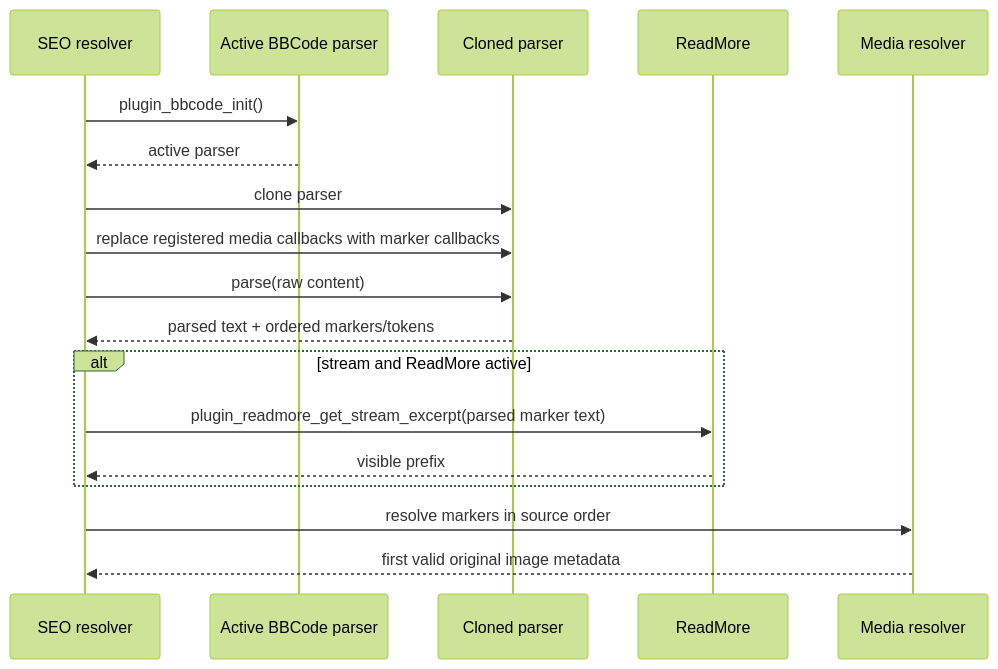
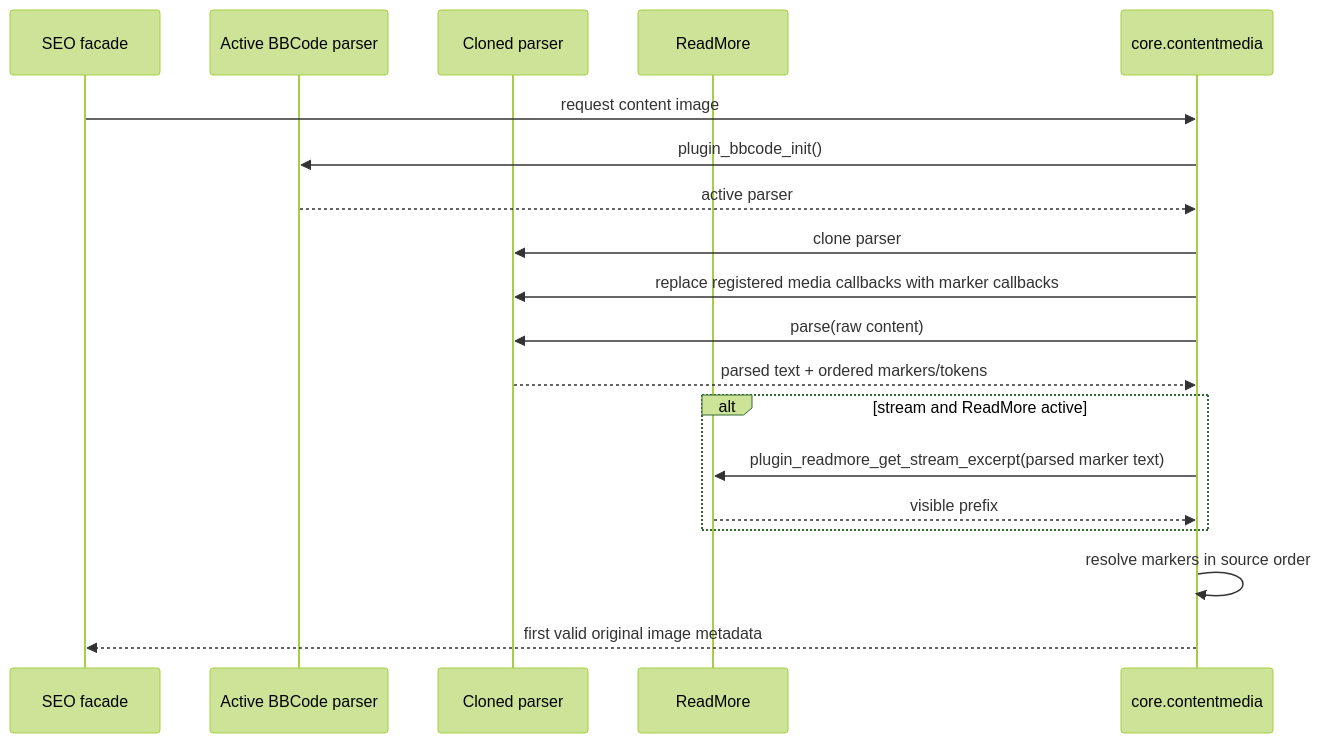
The second of 3 diagrams in fp-plugins/seometataginfo/developer-docs/open-graph-image-pipeline.md (flatpressblog/flatpress), drawn with Mermaid (forest theme) before and after one commit. The commit also changed other lines of this file and 15 other files, not shown here.

First line of the commit message:
Centralizing the Content Media Resolver Layer

````diff
--- a/fp-plugins/seometataginfo/developer-docs/open-graph-image-pipeline.md
+++ b/fp-plugins/seometataginfo/developer-docs/open-graph-image-pipeline.md
@@ -77,21 +77,22 @@
 ```mermaid
 sequenceDiagram
-    participant SEO as SEO resolver
+    participant SEO as SEO facade
     participant BB as Active BBCode parser
     participant CLONE as Cloned parser
     participant RM as ReadMore
-    participant RES as Media resolver
+    participant RES as core.contentmedia
 
-    SEO->>BB: plugin_bbcode_init()
-    BB-->>SEO: active parser
-    SEO->>CLONE: clone parser
-    SEO->>CLONE: replace registered media callbacks with marker callbacks
-    SEO->>CLONE: parse(raw content)
-    CLONE-->>SEO: parsed text + ordered markers/tokens
+    SEO->>RES: request content image
+    RES->>BB: plugin_bbcode_init()
+    BB-->>RES: active parser
+    RES->>CLONE: clone parser
+    RES->>CLONE: replace registered media callbacks with marker callbacks
+    RES->>CLONE: parse(raw content)
+    CLONE-->>RES: parsed text + ordered markers/tokens
     alt stream and ReadMore active
-        SEO->>RM: plugin_readmore_get_stream_excerpt(parsed marker text)
-        RM-->>SEO: visible prefix
+        RES->>RM: plugin_readmore_get_stream_excerpt(parsed marker text)
+        RM-->>RES: visible prefix
     end
-    SEO->>RES: resolve markers in source order
+    RES->>RES: resolve markers in source order
     RES-->>SEO: first valid original image metadata
 ```
````
